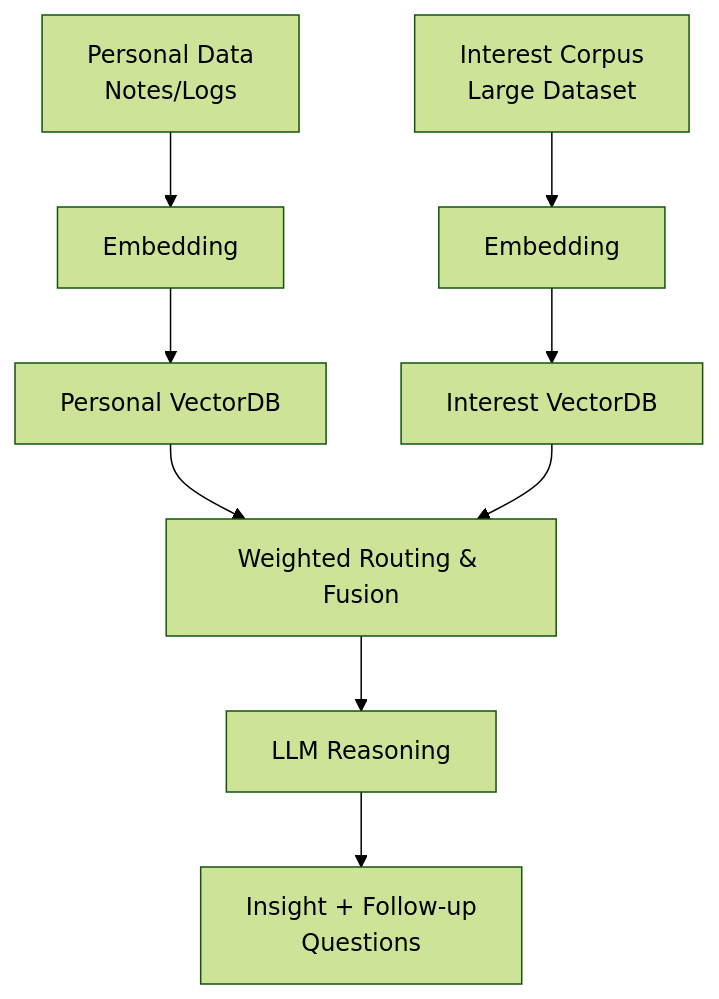
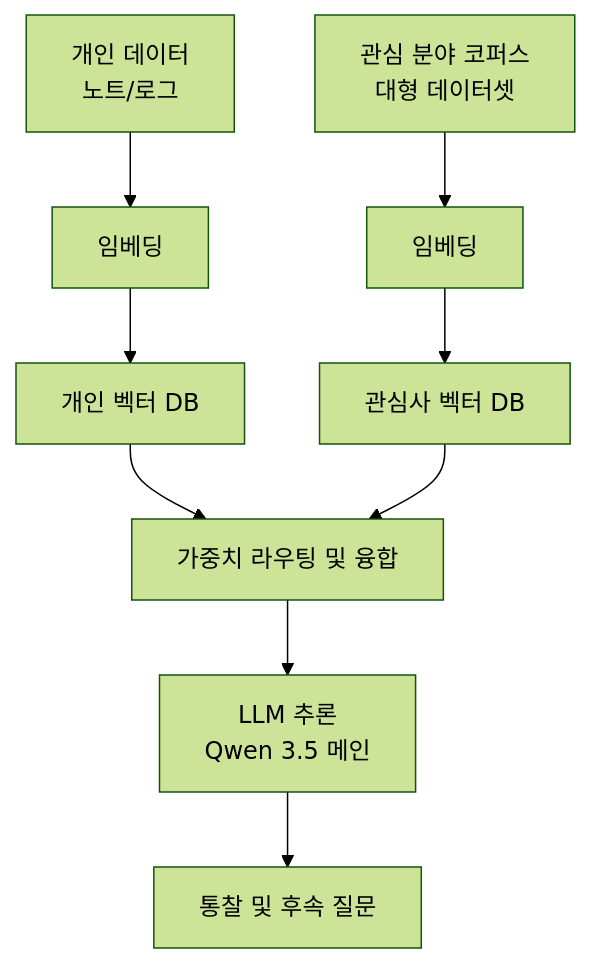
Before and after one commit to imsang27/Second-Brain: the diagram in README.md, drawn with Mermaid (forest theme). The commit also changed other lines of this file and 3 other files, not shown here.

````diff
--- a/README.md
+++ b/README.md
@@ -34,11 +35,11 @@
 ```mermaid
 flowchart TD
-    A[Personal Data<br/>Notes/Logs] --> B[Embedding]
-    C[Interest Corpus<br/>Large Dataset] --> D[Embedding]
-    B --> E[Personal VectorDB]
-    D --> F[Interest VectorDB]
-    E --> G[Weighted Routing & Fusion]
+    A[개인 데이터<br/>노트/로그] --> B[임베딩]
+    C[관심 분야 코퍼스<br/>대형 데이터셋] --> D[임베딩]
+    B --> E[개인 벡터 DB]
+    D --> F[관심사 벡터 DB]
+    E --> G[가중치 라우팅 및 융합]
     F --> G
-    G --> H[LLM Reasoning]
-    H --> I[Insight + Follow-up <br> Questions]
+    G --> H[LLM 추론<br/>Qwen 3.5 메인]
+    H --> I[통찰 및 후속 질문]
 ```
````
